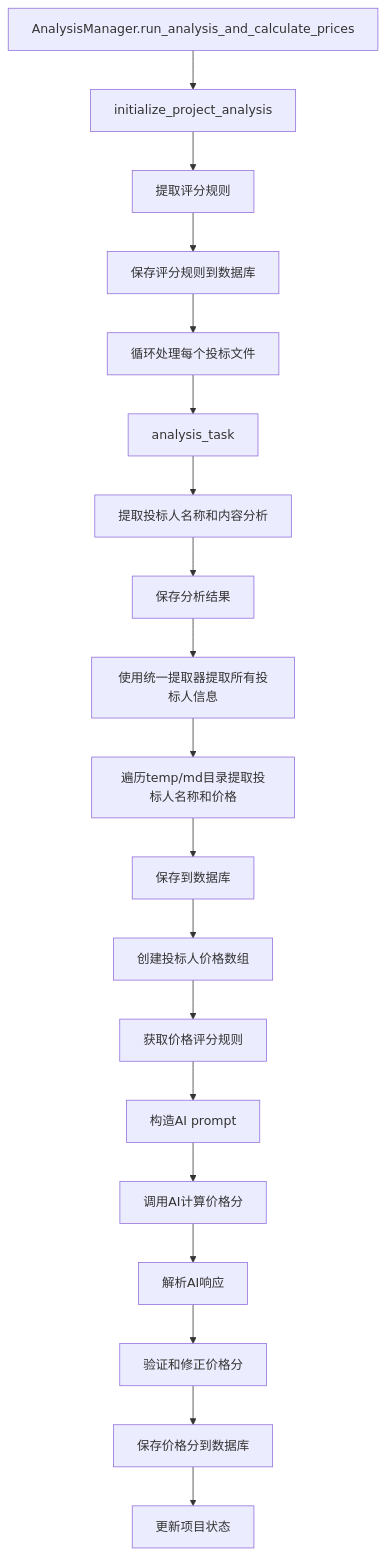
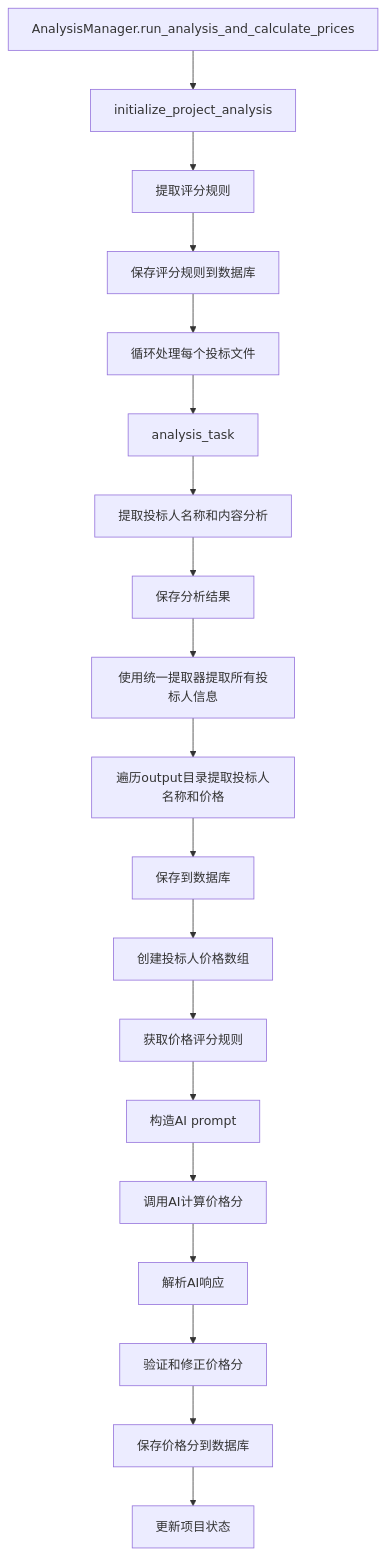
Before and after one commit to zhd5258/AI_env2: the sixth of 14 diagrams in docs/流程图.md, drawn with Mermaid. The commit also changed 20 other files, not shown here.

````diff
--- a/docs/流程图.md
+++ b/docs/流程图.md
@@ -78,21 +78,21 @@
 ```mermaid
 graph TD
     A[AnalysisManager.run_analysis_and_calculate_prices] --> B[initialize_project_analysis]
     B --> C[提取评分规则]
     C --> D[保存评分规则到数据库]
     D --> E[循环处理每个投标文件]
     E --> F[analysis_task]
     F --> G[提取投标人名称和内容分析]
     G --> H[保存分析结果]
     H --> I[使用统一提取器提取所有投标人信息]
-    I --> J[遍历temp/md目录提取投标人名称和价格]
+    I --> J[遍历output目录提取投标人名称和价格]
     J --> K[保存到数据库]
     K --> L[创建投标人价格数组]
     L --> M[获取价格评分规则]
     M --> N[构造AI prompt]
     N --> O[调用AI计算价格分]
     O --> P[解析AI响应]
     P --> Q[验证和修正价格分]
     Q --> R[保存价格分到数据库]
     R --> S[更新项目状态]
 ```
````
